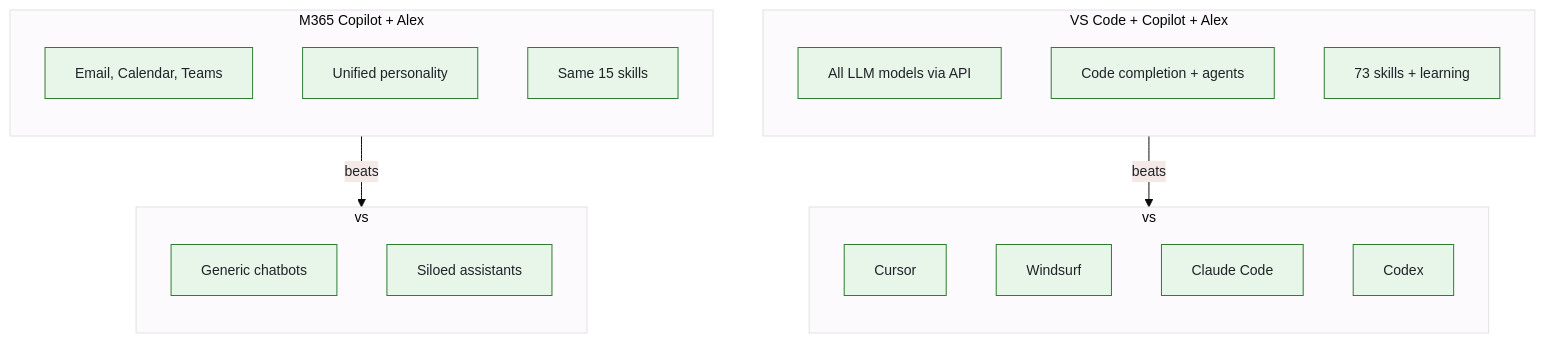
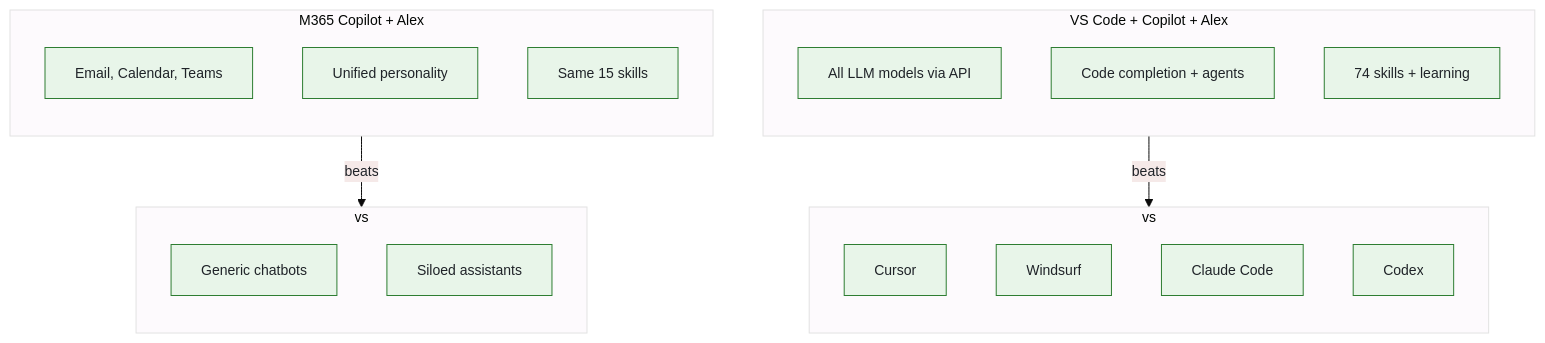
The first of 10 diagrams in alex_docs/research/COMPETITIVE-ANALYSIS-NEW.md (fabioc-aloha/Alex_Plug_In), drawn with Mermaid before and after one commit. The commit also changed other lines of this file and 22 other files, not shown here.

````diff
--- a/alex_docs/research/COMPETITIVE-ANALYSIS-NEW.md
+++ b/alex_docs/research/COMPETITIVE-ANALYSIS-NEW.md
@@ -41,31 +41,31 @@
 ```mermaid
 %%{init: {'theme': 'base', 'themeVariables': { 'primaryColor': '#e8f5e9', 'primaryTextColor': '#1f2328', 'primaryBorderColor': '#2e7d32', 'fontSize': '14px'}}}%%
 flowchart TD
     subgraph STACK1["VS Code + Copilot + Alex"]
         direction TB
         A1["All LLM models via API"]
         A2["Code completion + agents"]
-        A3["73 skills + learning"]
+        A3["74 skills + learning"]
     end
     subgraph VS1["vs"]
         direction TB
         C1["Cursor"]
         C2["Windsurf"]
         C3["Claude Code"]
         C4["Codex"]
     end
     STACK1 -->|beats| VS1
 
     subgraph STACK2["M365 Copilot + Alex"]
         direction TB
         M1["Email, Calendar, Teams"]
         M2["Unified personality"]
         M3["Same 15 skills"]
     end
     subgraph VS2["vs"]
         direction TB
         G1["Generic chatbots"]
         G2["Siloed assistants"]
     end
     STACK2 -->|beats| VS2
 ```
````
